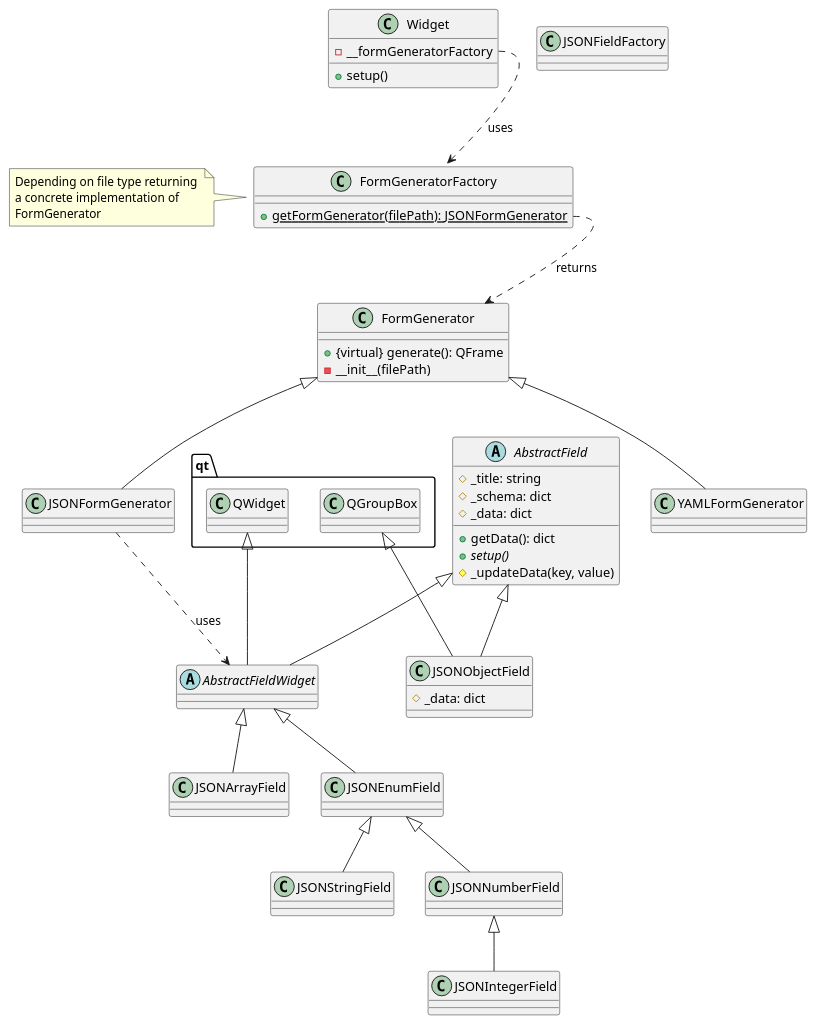
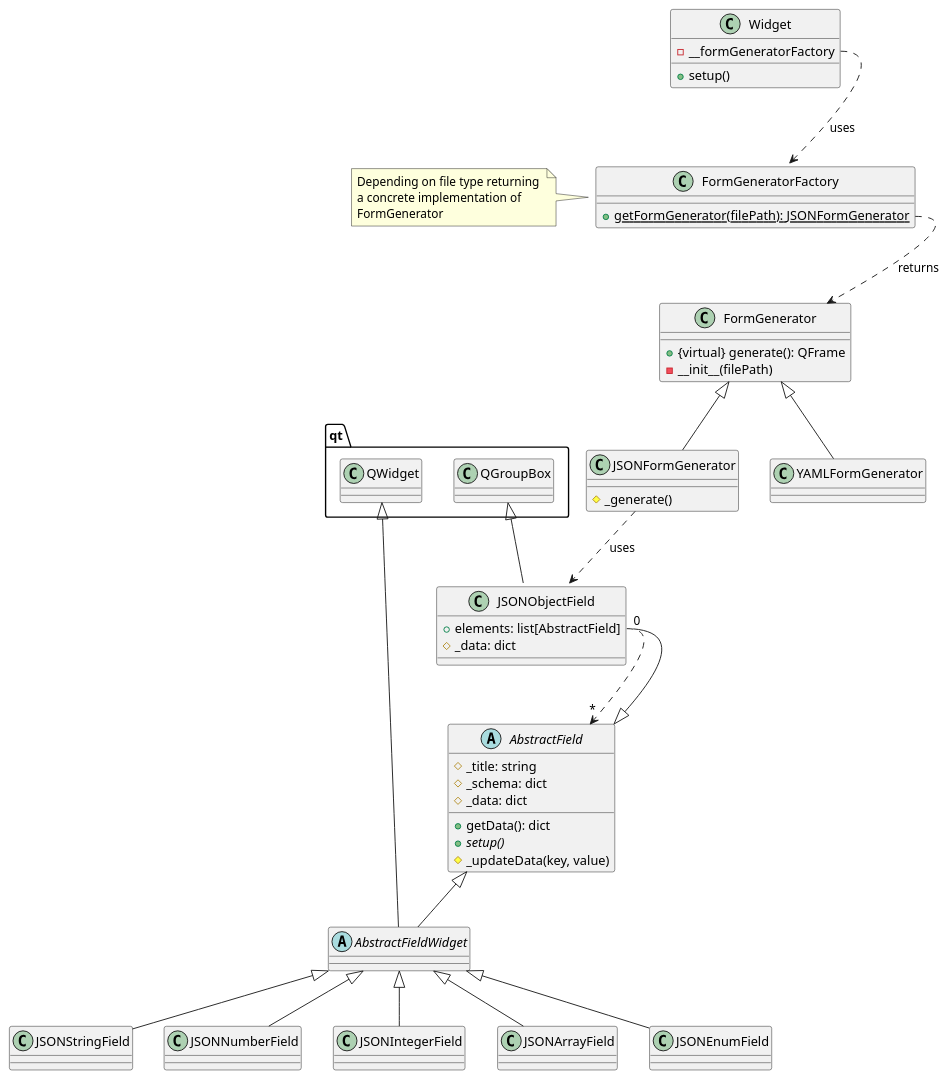
One commit to QIICR/SlicerPIRADS changed the diagram in Documentation/FormGenerator.puml. Above: the diagram before and after it, drawn with PlantUML. The commit also changed 2 other files, not shown here.

Commit message:
ENH: Updated uml and optimized tests

```diff
--- a/Documentation/FormGenerator.puml
+++ b/Documentation/FormGenerator.puml
@@ -1,93 +1,94 @@
 @startuml
 
 class Widget {
   - __formGeneratorFactory
   + setup()
 }
 
 Widget::__formGeneratorFactory ..> FormGeneratorFactory: uses
 
 
 class FormGeneratorFactory {
   + {static} getFormGenerator(filePath): JSONFormGenerator
 }
 
 FormGeneratorFactory::getFormGenerator ..> FormGenerator: returns
 
 class FormGenerator {
   + {virtual} generate(): QFrame
   - __init__(filePath)
 }
 
 ' factory pattern taking json file name returning
 
 class JSONFormGenerator {
+  # _generate()
 
 }
 
 class YAMLFormGenerator {
 
 }
 
 note left of FormGeneratorFactory: \
 Depending on file type returning \n\
 a concrete implementation of \n\
 FormGenerator
 
 FormGenerator <|-- JSONFormGenerator
 FormGenerator <|-- YAMLFormGenerator
 
 abstract class AbstractField {
   # _title: string
   # _schema: dict
   # _data: dict
   + getData(): dict
   + {abstract} setup()
   # _updateData(key, value)
 }
 
 AbstractField <|-- AbstractFieldWidget
 qt.QWidget <|-- AbstractFieldWidget
 
 
 abstract class AbstractFieldWidget {
 }
 
-class JSONFieldFactory {
-}
-
 class JSONStringField {
 
 }
 
 class JSONObjectField {
+  + elements: list[AbstractField]
   # _data: dict
 }
 
-AbstractField <|-- JSONObjectField
+JSONObjectField::elements "0" ..> "*" AbstractField
 qt.QGroupBox <|-- JSONObjectField
 
+AbstractField <|-- JSONObjectField
 
 class JSONNumberField {
 
 }
 
 class JSONIntegerField {
 
 }
 
 class JSONArrayField {
 }
 
 class JSONEnumField {
 }
 
 AbstractFieldWidget <|-- JSONEnumField
-JSONEnumField <|-- JSONStringField
-JSONEnumField <|-- JSONNumberField
-JSONNumberField <|-- JSONIntegerField
+AbstractFieldWidget <|-- JSONStringField
+AbstractFieldWidget <|-- JSONNumberField
+AbstractFieldWidget <|-- JSONIntegerField
+
 AbstractFieldWidget <|-- JSONArrayField
 
-JSONFormGenerator ..> AbstractFieldWidget:uses
+JSONFormGenerator ..> JSONObjectField:uses
 
 @enduml
```
